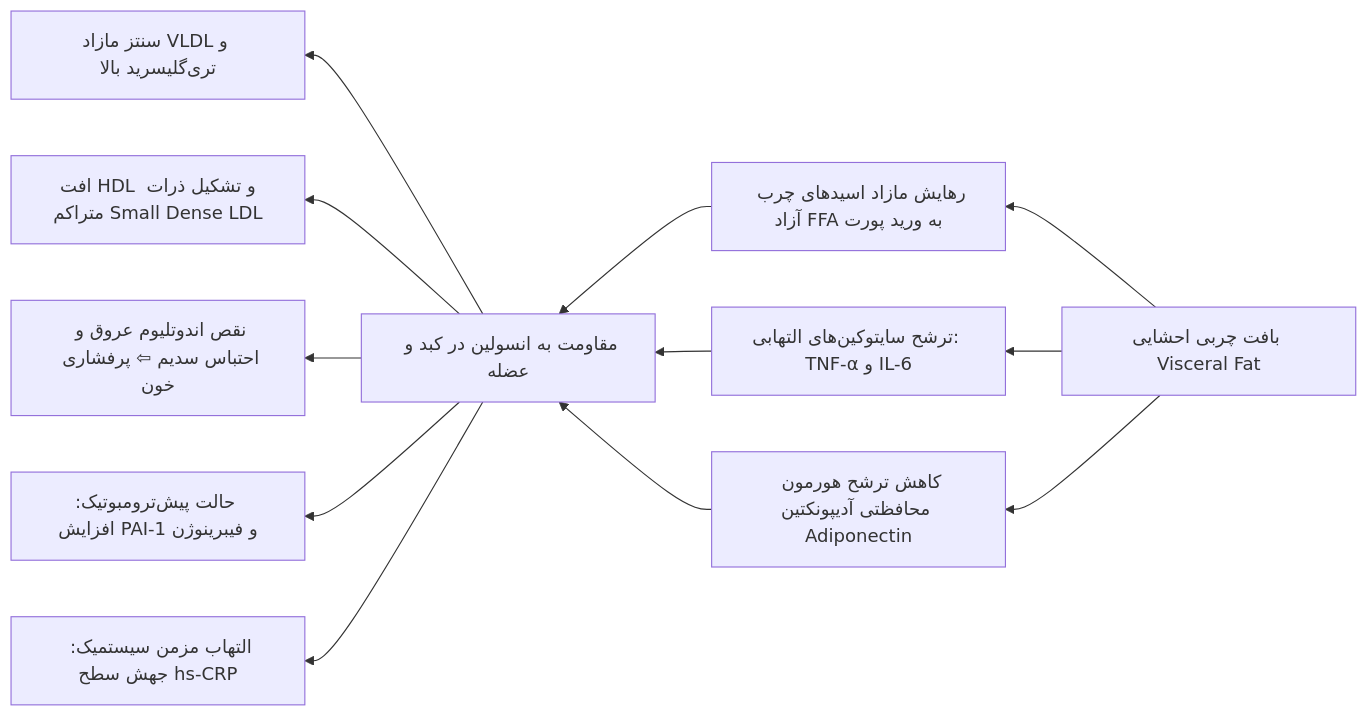
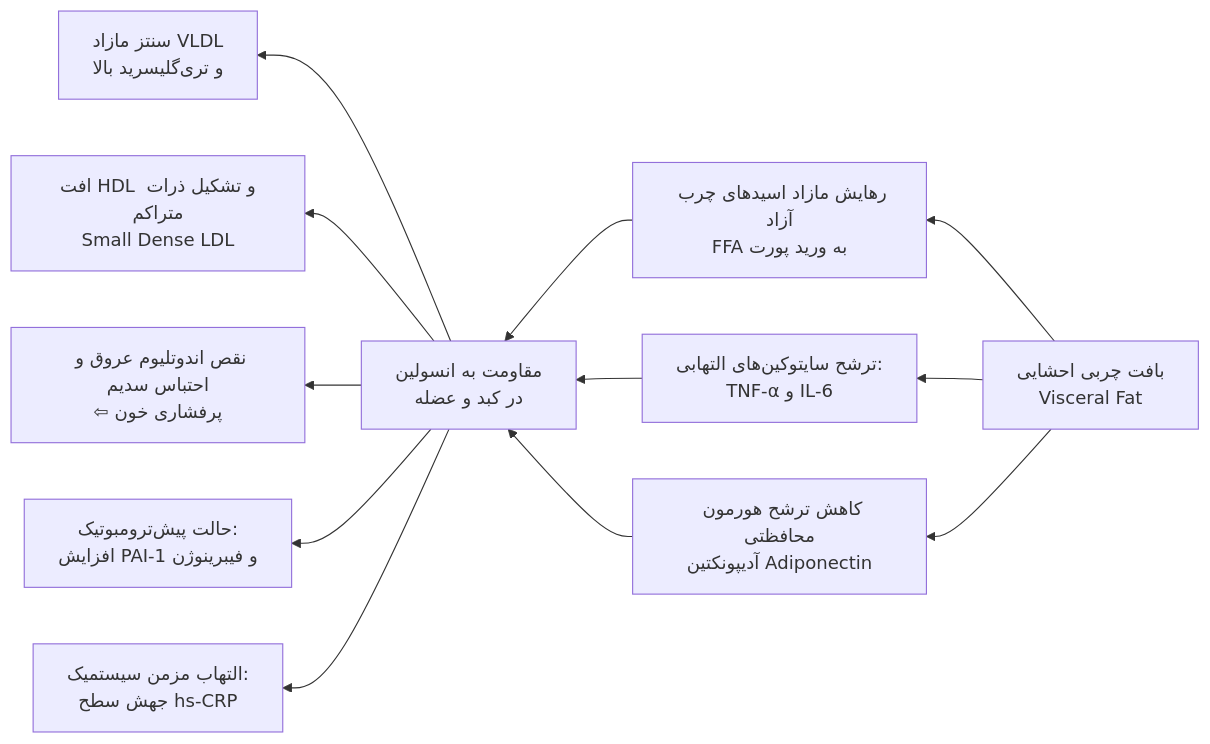
The ninth of 11 diagrams in 07/مبانی غدد/متابولیسم لیپید.md (neopulse-hub/TUMS-1402-1-neo), drawn with Mermaid before and after one commit. The commit also changed other lines of this file, not shown here.

````diff
--- a/07/مبانی غدد/متابولیسم لیپید.md
+++ b/07/مبانی غدد/متابولیسم لیپید.md
@@ -425,14 +451,16 @@
 ```mermaid
 flowchart RL
-    ViscAdipose[بافت چربی احشایی Visceral Fat] --> PathoStep1[رهایش مازاد اسیدهای چرب آزاد FFA به ورید پورت]
-    ViscAdipose --> PathoStep2[ترشح سایتوکین‌های التهابی: TNF-α و IL-6]
-    ViscAdipose --> PathoStep3[کاهش ترشح هورمون محافظتی آدیپونکتین Adiponectin]
-    
-    PathoStep1 & PathoStep2 & PathoStep3 --> LiverMuscle[مقاومت به انسولین در کبد و عضله]
-    
-    LiverMuscle --> Result1[سنتز مازاد VLDL و تری‌گلیسرید بالا]
-    LiverMuscle --> Result2[افت HDL و تشکیل ذرات متراکم Small Dense LDL]
-    LiverMuscle --> Result3[نقص اندوتلیوم عروق و احتباس سدیم ⇦ پرفشاری خون]
-    LiverMuscle --> Result4[حالت پیش‌ترومبوتیک: افزایش PAI-1 و فیبرینوژن]
-    LiverMuscle --> Result5[التهاب مزمن سیستمیک: جهش سطح hs-CRP]
+
+ViscAdipose[بافت چربی احشایی<br>Visceral Fat] --> PathoStep1[رهایش مازاد اسیدهای چرب آزاد<br>FFA به ورید پورت]
+
+ViscAdipose --> PathoStep2[ترشح سایتوکین‌های التهابی:<br>TNF-α و IL-6]
+
+ViscAdipose --> PathoStep3[کاهش ترشح هورمون محافظتی<br>آدیپونکتین Adiponectin]
+PathoStep1 & PathoStep2 & PathoStep3 --> LiverMuscle[مقاومت به انسولین<br>در کبد و عضله]
+
+LiverMuscle --> Result1[سنتز مازاد VLDL<br>و تری‌گلیسرید بالا]
+LiverMuscle --> Result2[افت HDL و تشکیل ذرات متراکم<br>Small Dense LDL]
+LiverMuscle --> Result3[نقص اندوتلیوم عروق و احتباس سدیم<br>⇦ پرفشاری خون]
+LiverMuscle --> Result4[حالت پیش‌ترومبوتیک:<br>افزایش PAI-1 و فیبرینوژن]
+LiverMuscle --> Result5[التهاب مزمن سیستمیک:<br>جهش سطح hs-CRP]
 ```
````
